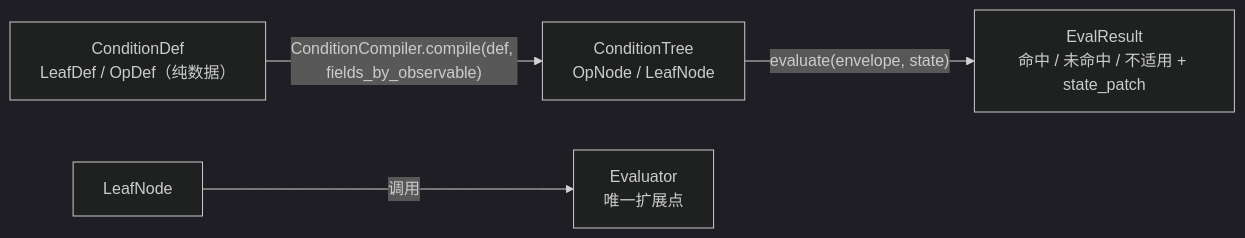
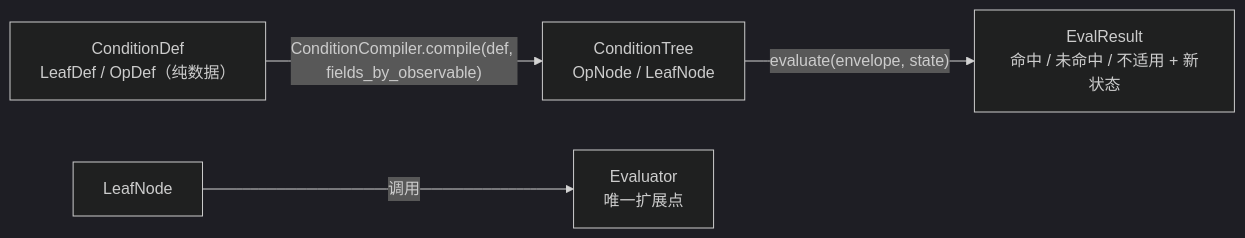
The fifth of 5 diagrams in README.md (Jeromexsu/Orion), drawn with Mermaid (dark theme) before and after one commit. The commit also changed other lines of this file and 9 other files, not shown here.

````diff
--- a/README.md
+++ b/README.md
@@ -308,6 +308,6 @@
 ```mermaid
 graph LR
   CD["ConditionDef<br/>LeafDef / OpDef（纯数据）"] -->|"ConditionCompiler.compile(def, fields_by_observable)"| CT["ConditionTree<br/>OpNode / LeafNode"]
-  CT -->|"evaluate(envelope, state)"| ER["EvalResult<br/>命中 / 未命中 / 不适用 + state_patch"]
+  CT -->|"evaluate(envelope, state)"| ER["EvalResult<br/>命中 / 未命中 / 不适用 + 新状态"]
   LN["LeafNode"] -->|调用| EV["Evaluator<br/>唯一扩展点"]
 ```
````
